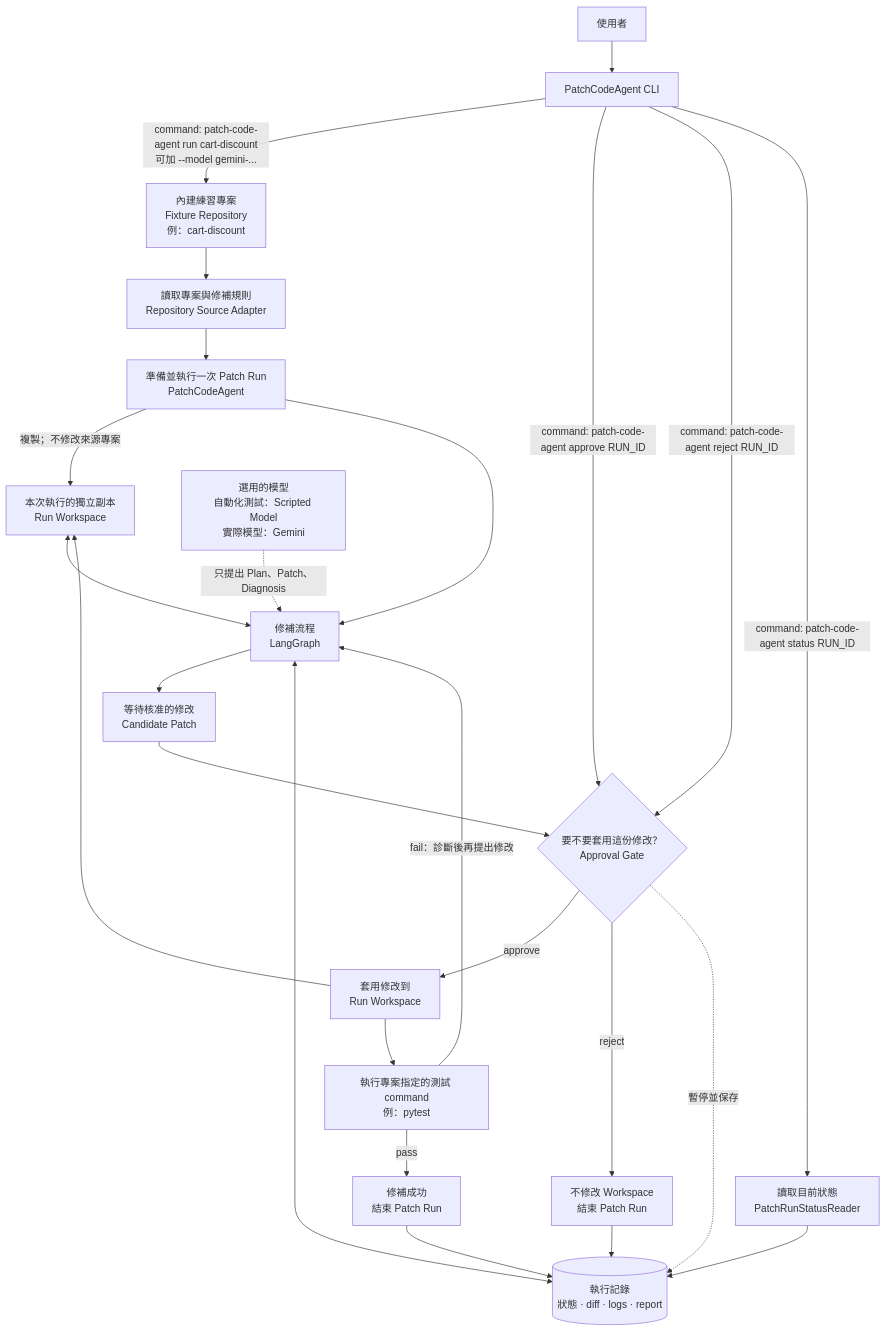
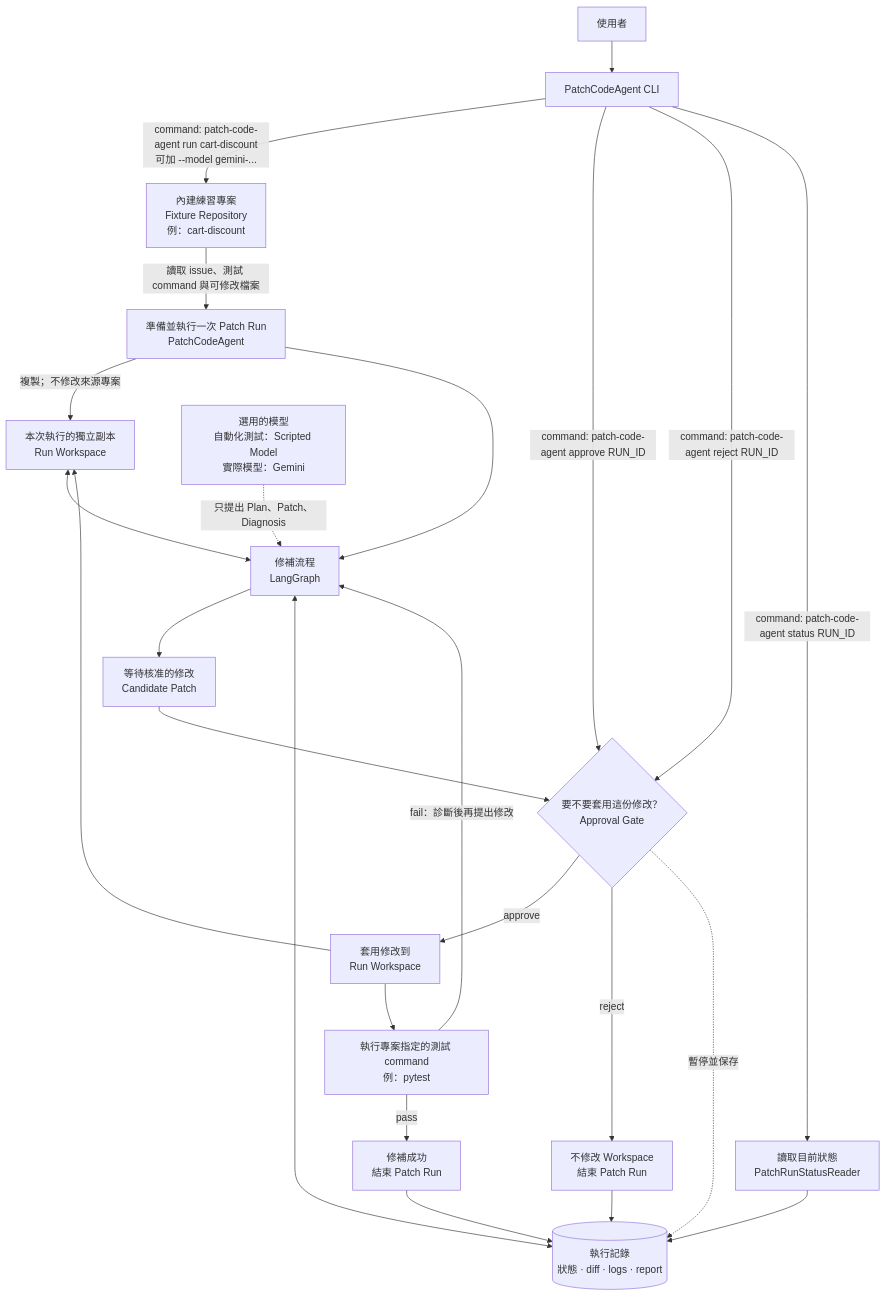
Before and after one commit to jerryxcy/patch-code-agent: the first of 2 diagrams in README.md, drawn with Mermaid. The commit also changed other lines of this file and 30 other files, not shown here.

Commit message:
refactor: focus prototype on fixture patch runs

````diff
--- a/README.md
+++ b/README.md
@@ -13,32 +14,31 @@
 ```mermaid
 flowchart TD
     human["使用者"] --> cli["PatchCodeAgent CLI"]
 
     cli -->|"command: patch-code-agent run cart-discount<br/>可加 --model gemini-..."| fixture["內建練習專案<br/>Fixture Repository<br/>例：cart-discount"]
 
-    fixture --> source["讀取專案與修補規則<br/>Repository Source Adapter"]
-    source --> app["準備並執行一次 Patch Run<br/>PatchCodeAgent"]
+    fixture -->|"讀取 issue、測試 command 與可修改檔案"| app["準備並執行一次 Patch Run<br/>PatchCodeAgent"]
     app -->|"複製；不修改來源專案"| workspace["本次執行的獨立副本<br/>Run Workspace"]
     app --> workflow["修補流程<br/>LangGraph"]
     workspace <--> workflow
 
     model["選用的模型<br/>自動化測試：Scripted Model<br/>實際模型：Gemini"] -.->|"只提出 Plan、Patch、Diagnosis"| workflow
     workflow --> candidate["等待核准的修改<br/>Candidate Patch"]
     candidate --> approval{"要不要套用這份修改？<br/>Approval Gate"}
     cli -->|"command: patch-code-agent approve RUN_ID"| approval
     cli -->|"command: patch-code-agent reject RUN_ID"| approval
 
     approval -->|"approve"| apply["套用修改到<br/>Run Workspace"]
     apply --> workspace
     apply --> verification["執行專案指定的測試 command<br/>例：pytest"]
     verification -->|"fail：診斷後再提出修改"| workflow
     verification -->|"pass"| succeeded["修補成功<br/>結束 Patch Run"]
     approval -->|"reject"| rejected["不修改 Workspace<br/>結束 Patch Run"]
 
     approval -.->|"暫停並保存"| storage[("執行記錄<br/>狀態 · diff · logs · report")]
     succeeded --> storage
     rejected --> storage
     cli -->|"command: patch-code-agent status RUN_ID"| status["讀取目前狀態<br/>PatchRunStatusReader"]
     status --> storage
     workflow <--> storage
 ```
````
